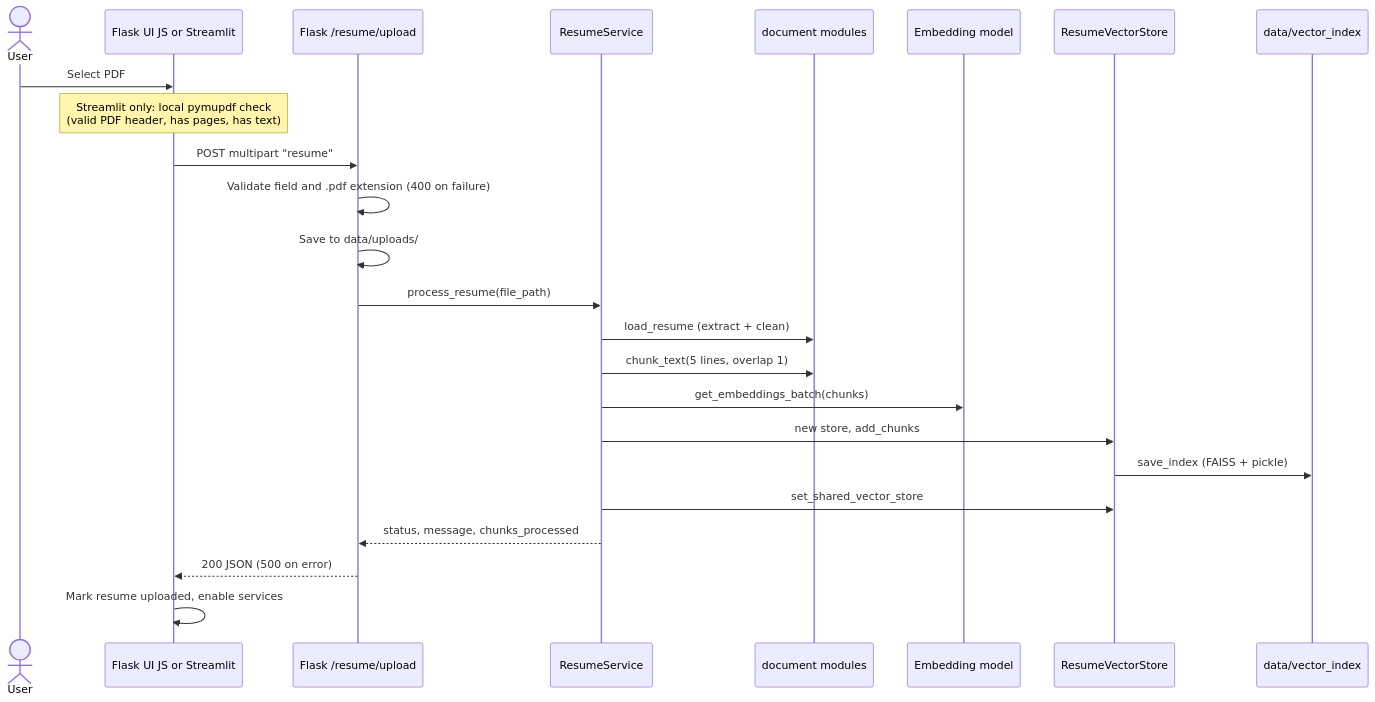
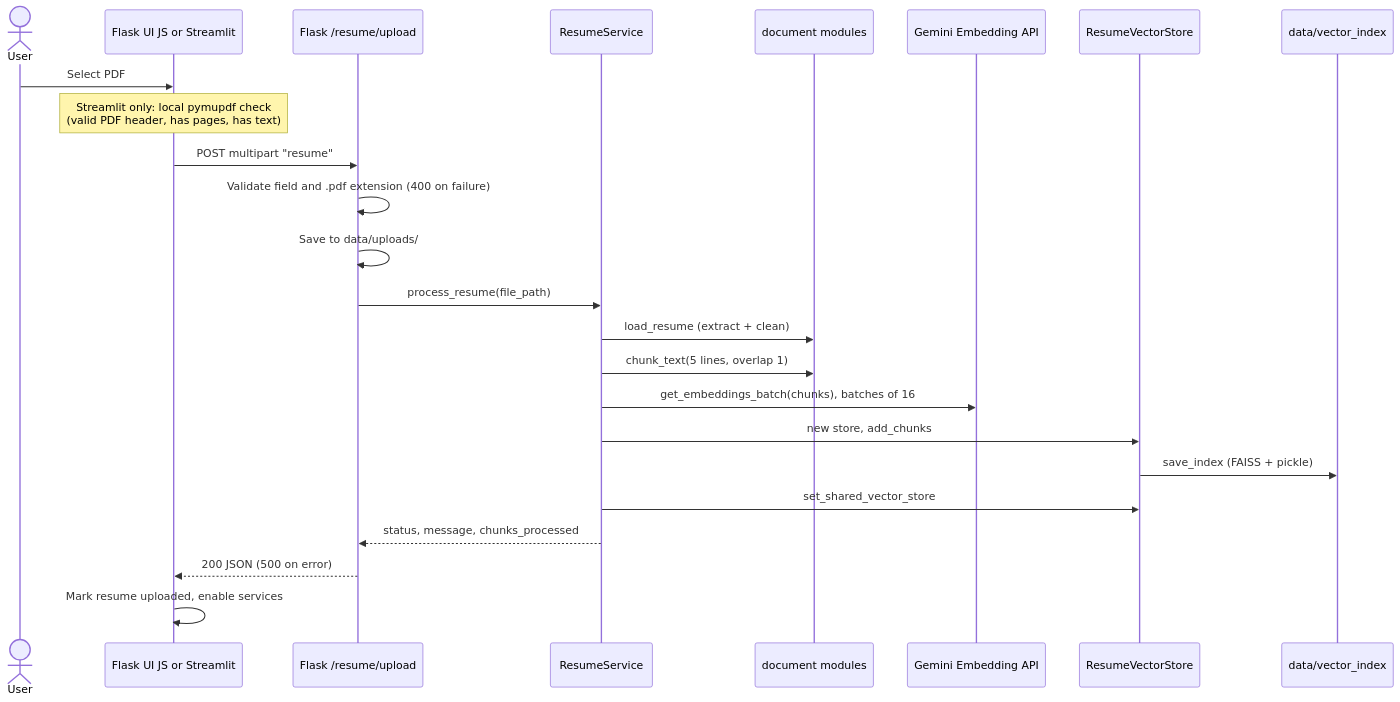
One commit to M-Sudheer18/Career-Coach-Application changed the second of 4 diagrams in README.md. Above: the diagram before and after it, drawn with Mermaid. The commit also changed other lines of this file, not shown here.

````diff
--- a/README.md
+++ b/README.md
@@ -226,27 +239,27 @@
 ```mermaid
 sequenceDiagram
     actor U as User
     participant FE as Flask UI JS or Streamlit
     participant API as Flask /resume/upload
     participant RS as ResumeService
     participant DOC as document modules
-    participant EMB as Embedding model
+    participant EMB as Gemini Embedding API
     participant VS as ResumeVectorStore
     participant DISK as data/vector_index
 
     U->>FE: Select PDF
     Note over FE: Streamlit only: local pymupdf check<br/>(valid PDF header, has pages, has text)
     FE->>API: POST multipart "resume"
     API->>API: Validate field and .pdf extension (400 on failure)
     API->>API: Save to data/uploads/
     API->>RS: process_resume(file_path)
     RS->>DOC: load_resume (extract + clean)
     RS->>DOC: chunk_text(5 lines, overlap 1)
-    RS->>EMB: get_embeddings_batch(chunks)
+    RS->>EMB: get_embeddings_batch(chunks), batches of 16
     RS->>VS: new store, add_chunks
     VS->>DISK: save_index (FAISS + pickle)
     RS->>VS: set_shared_vector_store
     RS-->>API: status, message, chunks_processed
     API-->>FE: 200 JSON (500 on error)
     FE->>FE: Mark resume uploaded, enable services
 ```
````
